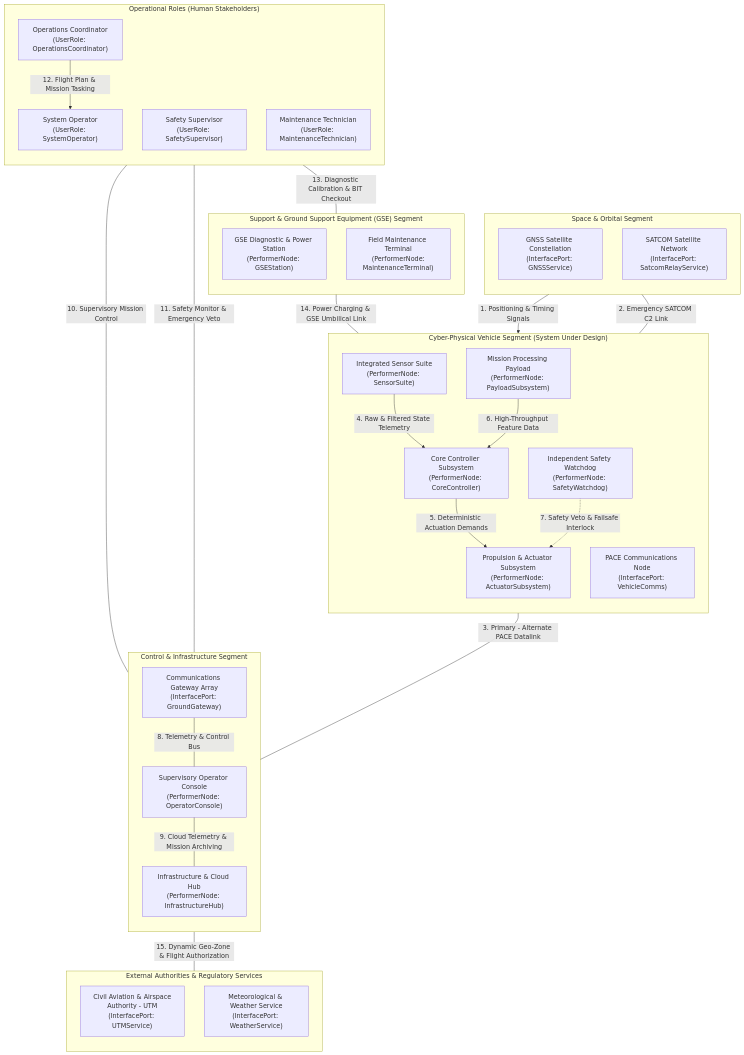
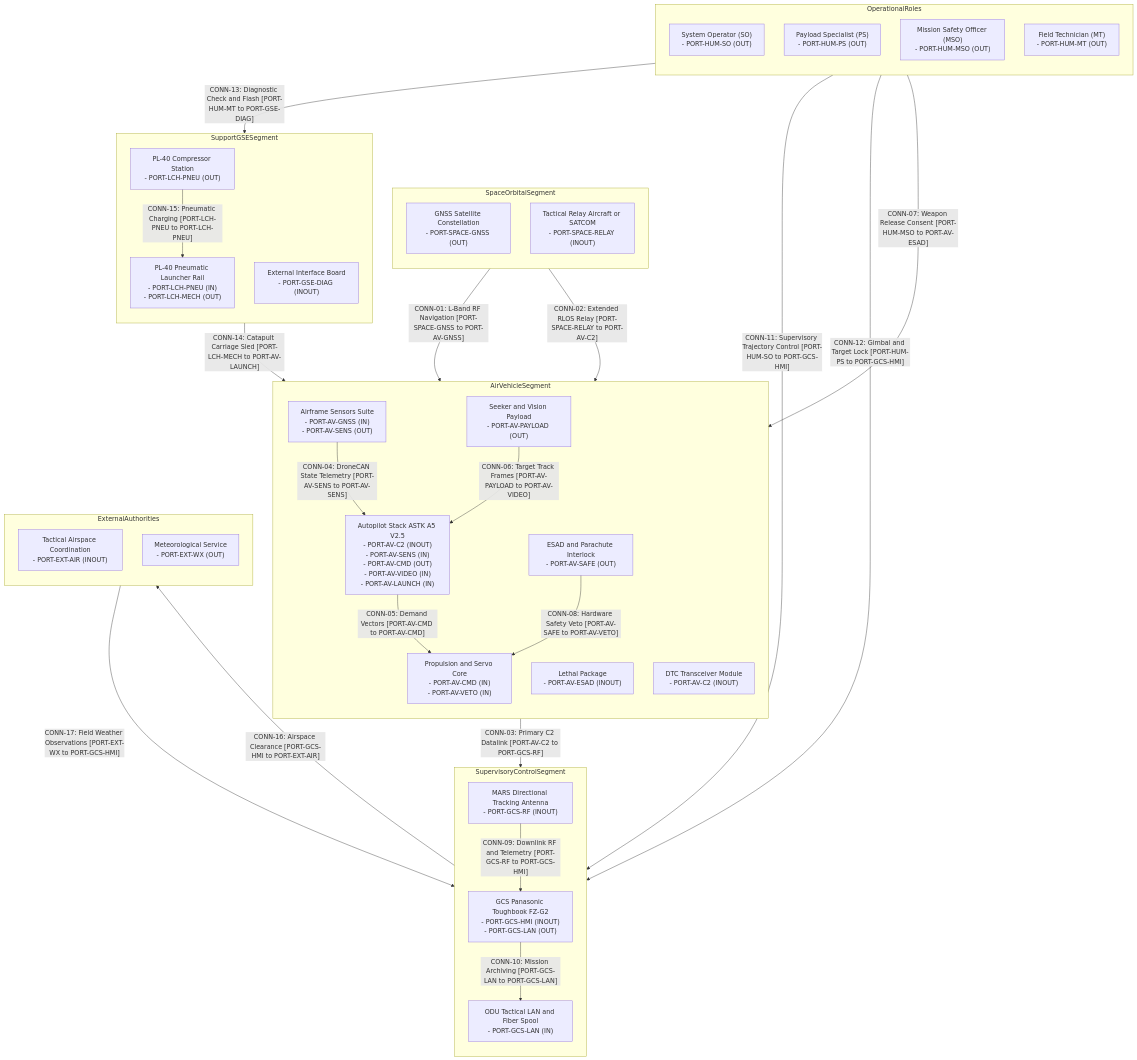
Before and after one commit to gintatkinson/uav-13: the first of 2 diagrams in docs/conops/units/conops/01_METADATA_AND_OVERVIEW.md, drawn with Mermaid. The commit also changed other lines of this file and 260 other files, not shown here.

Commit message:
feat(spec): add Avenger 5 V2.5 SysML v2 SSOT, ConOps, Mission Intent, ICD, safety artifacts, and generated contracts

````diff
--- a/docs/conops/units/conops/01_METADATA_AND_OVERVIEW.md
+++ b/docs/conops/units/conops/01_METADATA_AND_OVERVIEW.md
@@ -158,61 +227,65 @@
 ```mermaid
 flowchart TB
-    subgraph SpaceSegment["Space & Orbital Segment"]
+    subgraph SpaceSegment["SpaceOrbitalSegment"]
         direction TB
-        GNSSConstellation["GNSS Satellite Constellation<br/>(InterfacePort: GNSSService)"]
-        SatcomRelay["SATCOM Satellite Network<br/>(InterfacePort: SatcomRelayService)"]
+        GNSSConstellation["GNSS Satellite Constellation<br/>- PORT-SPACE-GNSS (OUT)"]
+        SatcomRelay["Tactical Relay Aircraft or SATCOM<br/>- PORT-SPACE-RELAY (INOUT)"]
     end
 
-    subgraph VehicleSegment["Cyber-Physical Vehicle Segment (System Under Design)"]
+    subgraph VehicleSegment["AirVehicleSegment"]
         direction TB
-        CoreController["Core Controller Subsystem<br/>(PerformerNode: CoreController)"]
-        SensorSuite["Integrated Sensor Suite<br/>(PerformerNode: SensorSuite)"]
-        ActuatorSubsystem["Propulsion & Actuator Subsystem<br/>(PerformerNode: ActuatorSubsystem)"]
-        PayloadSubsystem["Mission Processing Payload<br/>(PerformerNode: PayloadSubsystem)"]
-        VehicleComms["PACE Communications Node<br/>(InterfacePort: VehicleComms)"]
-        SafetyWatchdog["Independent Safety Watchdog<br/>(PerformerNode: SafetyWatchdog)"]
+        CoreController["Autopilot Stack ASTK A5 V2.5<br/>- PORT-AV-C2 (INOUT)<br/>- PORT-AV-SENS (IN)<br/>- PORT-AV-CMD (OUT)<br/>- PORT-AV-VIDEO (IN)<br/>- PORT-AV-LAUNCH (IN)"]
+        SensorSuite["Airframe Sensors Suite<br/>- PORT-AV-GNSS (IN)<br/>- PORT-AV-SENS (OUT)"]
+        ActuatorSubsystem["Propulsion and Servo Core<br/>- PORT-AV-CMD (IN)<br/>- PORT-AV-VETO (IN)"]
+        PayloadSubsystem["Seeker and Vision Payload<br/>- PORT-AV-PAYLOAD (OUT)"]
+        LethalSubsystem["Lethal Package<br/>- PORT-AV-ESAD (INOUT)"]
+        VehicleComms["DTC Transceiver Module<br/>- PORT-AV-C2 (INOUT)"]
+        SafetyWatchdog["ESAD and Parachute Interlock<br/>- PORT-AV-SAFE (OUT)"]
     end
 
-    subgraph ControlSegment["Control & Infrastructure Segment"]
+    subgraph ControlSegment["SupervisoryControlSegment"]
         direction TB
-        OperatorConsole["Supervisory Operator Console<br/>(PerformerNode: OperatorConsole)"]
-        GroundCommsArray["Communications Gateway Array<br/>(InterfacePort: GroundGateway)"]
-        InfrastructureHub["Infrastructure & Cloud Hub<br/>(PerformerNode: InfrastructureHub)"]
+        OperatorConsole["GCS Panasonic Toughbook FZ-G2<br/>- PORT-GCS-HMI (INOUT)<br/>- PORT-GCS-LAN (OUT)"]
+        GroundCommsArray["MARS Directional Tracking Antenna<br/>- PORT-GCS-RF (INOUT)"]
+        InfrastructureHub["ODU Tactical LAN and Fiber Spool<br/>- PORT-GCS-LAN (IN)"]
     end
 
-    subgraph SupportSegment["Support & Ground Support Equipment (GSE) Segment"]
+    subgraph SupportSegment["SupportGSESegment"]
         direction TB
-        GroundSupportEquipment["GSE Diagnostic & Power Station<br/>(PerformerNode: GSEStation)"]
-        MaintenanceTerminal["Field Maintenance Terminal<br/>(PerformerNode:<br/>MaintenanceTerminal)"]
+        PneumaticLauncher["PL-40 Pneumatic Launcher Rail<br/>- PORT-LCH-PNEU (IN)<br/>- PORT-LCH-MECH (OUT)"]
+        CompressorUnit["PL-40 Compressor Station<br/>- PORT-LCH-PNEU (OUT)"]
+        MaintenanceTerminal["External Interface Board<br/>- PORT-GSE-DIAG (INOUT)"]
     end
 
-    subgraph OperationalRoles["Operational Roles (Human Stakeholders)"]
+    subgraph OperationalRoles["OperationalRoles"]
         direction TB
-        SystemOperator["System Operator<br/>(UserRole: SystemOperator)"]
-        SafetySupervisor["Safety Supervisor<br/>(UserRole: SafetySupervisor)"]
-        OperationsCoordinator["Operations Coordinator<br/>(UserRole: OperationsCoordinator)"]
-        MaintenanceTechnician["Maintenance Technician<br/>(UserRole: MaintenanceTechnician)"]
+        SystemOperator["System Operator (SO)<br/>- PORT-HUM-SO (OUT)"]
+        PayloadSpecialist["Payload Specialist (PS)<br/>- PORT-HUM-PS (OUT)"]
+        SafetySupervisor["Mission Safety Officer (MSO)<br/>- PORT-HUM-MSO (OUT)"]
+        MaintenanceTechnician["Field Technician (MT)<br/>- PORT-HUM-MT (OUT)"]
     end
 
-    subgraph ExternalAuthorities["External Authorities & Regulatory Services"]
+    subgraph ExternalAuthorities["ExternalAuthorities"]
         direction TB
-        AirspaceAuthority["Civil Aviation & Airspace<br/>Authority - UTM<br/>(InterfacePort: UTMService)"]
-        WeatherDataService["Meteorological & Weather Service<br/>(InterfacePort: WeatherService)"]
+        AirspaceAuthority["Tactical Airspace Coordination<br/>- PORT-EXT-AIR (INOUT)"]
+        WeatherDataService["Meteorological Service<br/>- PORT-EXT-WX (OUT)"]
     end
 
-    GNSSConstellation -->|"1. Positioning & Timing Signals"| SensorSuite
-    SatcomRelay ---|"2. Emergency SATCOM C2 Link"| VehicleComms
-    VehicleComms ---|"3. Primary - Alternate PACE Datalink"| GroundCommsArray
-    SensorSuite -->|"4. Raw & Filtered State Telemetry"| CoreController
-    CoreController -->|"5. Deterministic Actuation Demands"| ActuatorSubsystem
-    PayloadSubsystem -->|"6. High-Throughput Feature Data"| CoreController
-    SafetyWatchdog -.->|"7. Safety Veto & Failsafe Interlock"| ActuatorSubsystem
-    GroundCommsArray ---|"8. Telemetry & Control Bus"| OperatorConsole
-    OperatorConsole ---|"9. Cloud Telemetry & Mission Archiving"| InfrastructureHub
-    SystemOperator ---|"10. Supervisory Mission Control"| OperatorConsole
-    SafetySupervisor ---|"11. Safety Monitor & Emergency Veto"| OperatorConsole
-    OperationsCoordinator -->|"12. Flight Plan & Mission Tasking"| SystemOperator
-    MaintenanceTechnician ---|"13. Diagnostic Calibration & BIT Checkout"| MaintenanceTerminal
-    GroundSupportEquipment ---|"14. Power Charging & GSE Umbilical Link"| CoreController
-    OperatorConsole ---|"15. Dynamic Geo-Zone & Flight Authorization"| AirspaceAuthority
+    GNSSConstellation -->|"CONN-01: L-Band RF Navigation [PORT-SPACE-GNSS to PORT-AV-GNSS]"| SensorSuite
+    SatcomRelay -->|"CONN-02: Extended RLOS Relay [PORT-SPACE-RELAY to PORT-AV-C2]"| VehicleComms
+    VehicleComms -->|"CONN-03: Primary C2 Datalink [PORT-AV-C2 to PORT-GCS-RF]"| GroundCommsArray
+    SensorSuite -->|"CONN-04: DroneCAN State Telemetry [PORT-AV-SENS to PORT-AV-SENS]"| CoreController
+    CoreController -->|"CONN-05: Demand Vectors [PORT-AV-CMD to PORT-AV-CMD]"| ActuatorSubsystem
+    PayloadSubsystem -->|"CONN-06: Target Track Frames [PORT-AV-PAYLOAD to PORT-AV-VIDEO]"| CoreController
+    SafetySupervisor -->|"CONN-07: Weapon Release Consent [PORT-HUM-MSO to PORT-AV-ESAD]"| LethalSubsystem
+    SafetyWatchdog -->|"CONN-08: Hardware Safety Veto [PORT-AV-SAFE to PORT-AV-VETO]"| ActuatorSubsystem
+    GroundCommsArray -->|"CONN-09: Downlink RF and Telemetry [PORT-GCS-RF to PORT-GCS-HMI]"| OperatorConsole
+    OperatorConsole -->|"CONN-10: Mission Archiving [PORT-GCS-LAN to PORT-GCS-LAN]"| InfrastructureHub
+    SystemOperator -->|"CONN-11: Supervisory Trajectory Control [PORT-HUM-SO to PORT-GCS-HMI]"| OperatorConsole
+    PayloadSpecialist -->|"CONN-12: Gimbal and Target Lock [PORT-HUM-PS to PORT-GCS-HMI]"| OperatorConsole
+    MaintenanceTechnician -->|"CONN-13: Diagnostic Check and Flash [PORT-HUM-MT to PORT-GSE-DIAG]"| MaintenanceTerminal
+    PneumaticLauncher -->|"CONN-14: Catapult Carriage Sled [PORT-LCH-MECH to PORT-AV-LAUNCH]"| CoreController
+    CompressorUnit -->|"CONN-15: Pneumatic Charging [PORT-LCH-PNEU to PORT-LCH-PNEU]"| PneumaticLauncher
+    OperatorConsole -->|"CONN-16: Airspace Clearance [PORT-GCS-HMI to PORT-EXT-AIR]"| AirspaceAuthority
+    WeatherDataService -->|"CONN-17: Field Weather Observations [PORT-EXT-WX to PORT-GCS-HMI]"| OperatorConsole
 ```
````
